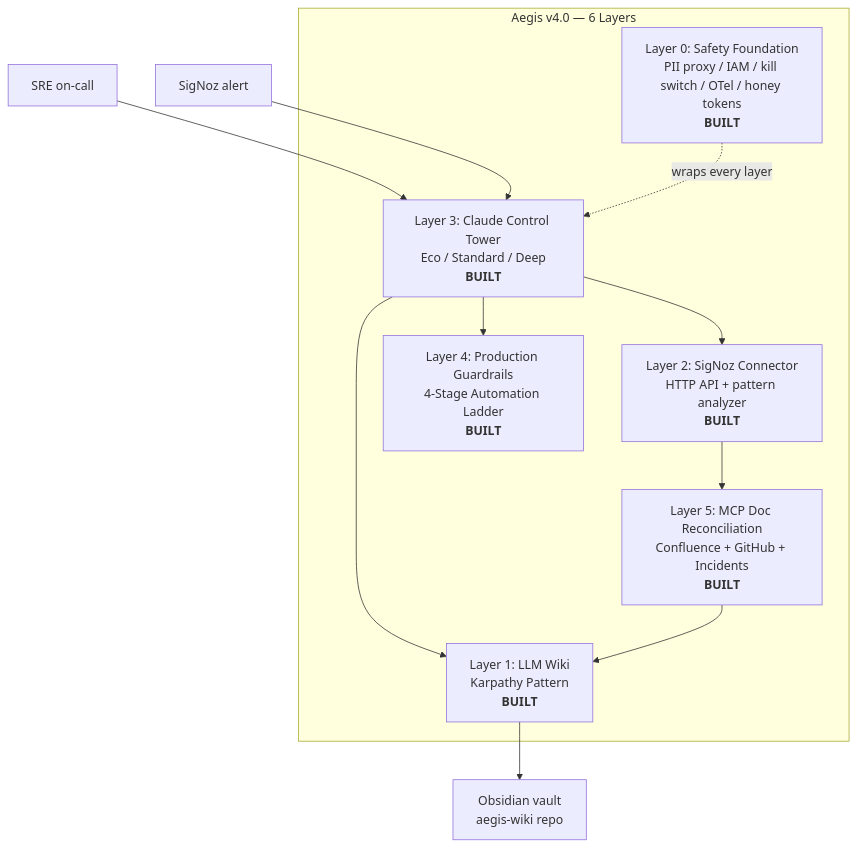
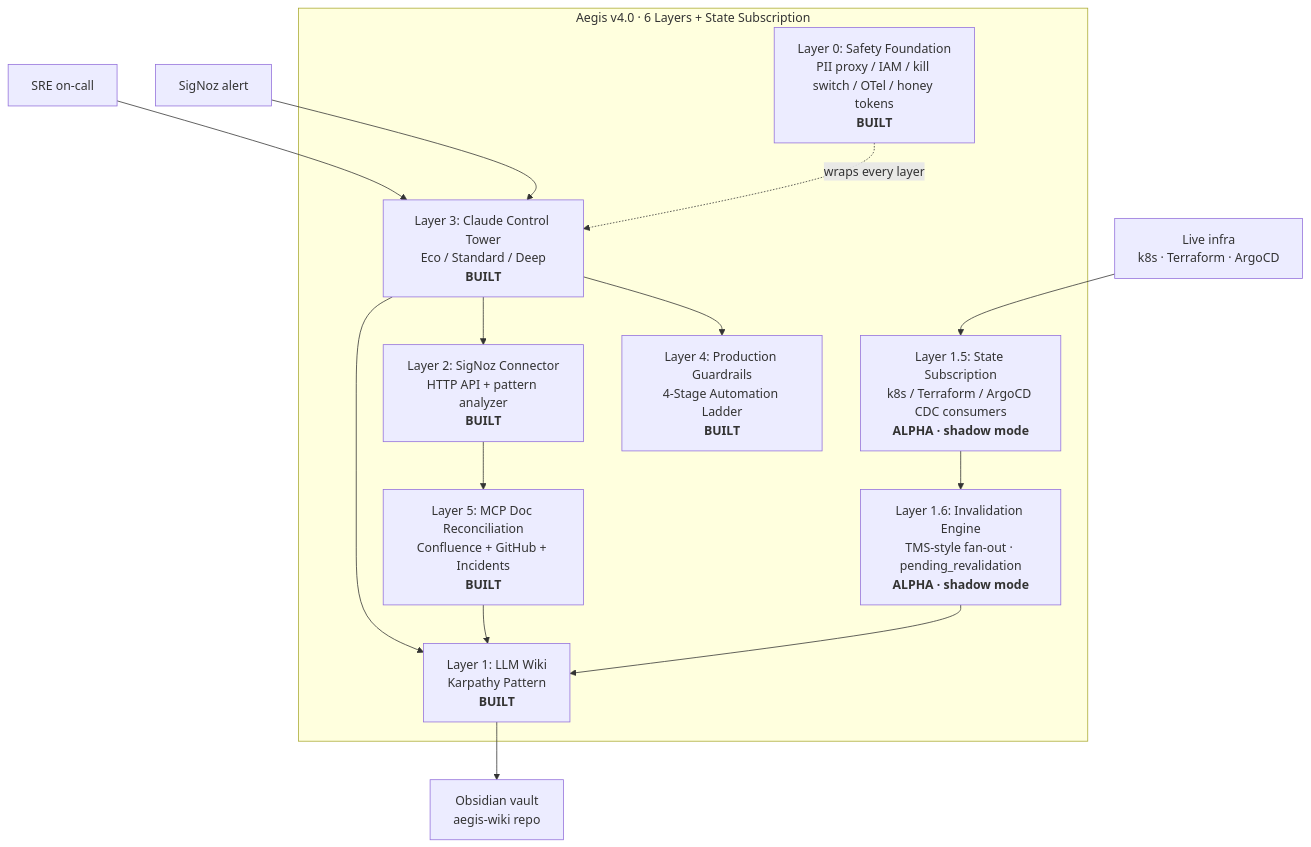
The diagram in README.md (JIUNG9/aegis), drawn with Mermaid before and after one commit. The commit also changed other lines of this file and 3 other files, not shown here.

First line of the commit message:
docs(aegis): Layer 1.5/1.6 design doc + README/ARCHITECTURE refresh

````diff
--- a/README.md
+++ b/README.md
@@ -36,20 +36,25 @@
 ```mermaid
 graph TB
-  subgraph AEGIS["Aegis v4.0 — 6 Layers"]
+  subgraph AEGIS["Aegis v4.0 · 6 Layers + State Subscription"]
     L0[Layer 0: Safety Foundation<br/>PII proxy / IAM / kill switch / OTel / honey tokens<br/><b>BUILT</b>]
     L1[Layer 1: LLM Wiki<br/>Karpathy Pattern<br/><b>BUILT</b>]
+    L15[Layer 1.5: State Subscription<br/>k8s / Terraform / ArgoCD CDC consumers<br/><b>ALPHA · shadow mode</b>]
+    L16[Layer 1.6: Invalidation Engine<br/>TMS-style fan-out · pending_revalidation<br/><b>ALPHA · shadow mode</b>]
     L2[Layer 2: SigNoz Connector<br/>HTTP API + pattern analyzer<br/><b>BUILT</b>]
     L3[Layer 3: Claude Control Tower<br/>Eco / Standard / Deep<br/><b>BUILT</b>]
     L4[Layer 4: Production Guardrails<br/>4-Stage Automation Ladder<br/><b>BUILT</b>]
     L5[Layer 5: MCP Doc Reconciliation<br/>Confluence + GitHub + Incidents<br/><b>BUILT</b>]
   end
   User[SRE on-call] --> L3
   Alert[SigNoz alert] --> L3
   L3 --> L1
   L3 --> L2
   L3 --> L4
   L5 --> L1
   L2 --> L5
+  Infra[Live infra<br/>k8s · Terraform · ArgoCD] --> L15
+  L15 --> L16
+  L16 --> L1
   L1 --> Vault[Obsidian vault<br/>aegis-wiki repo]
   L0 -.wraps every layer.-> L3
 ```
````
